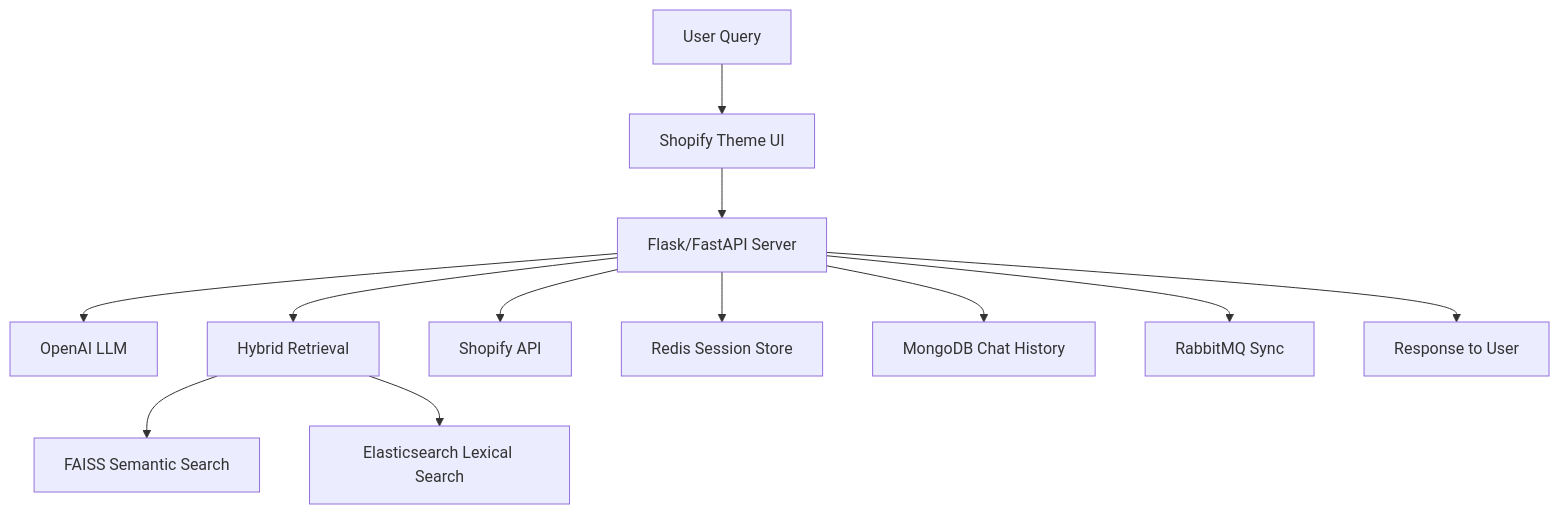
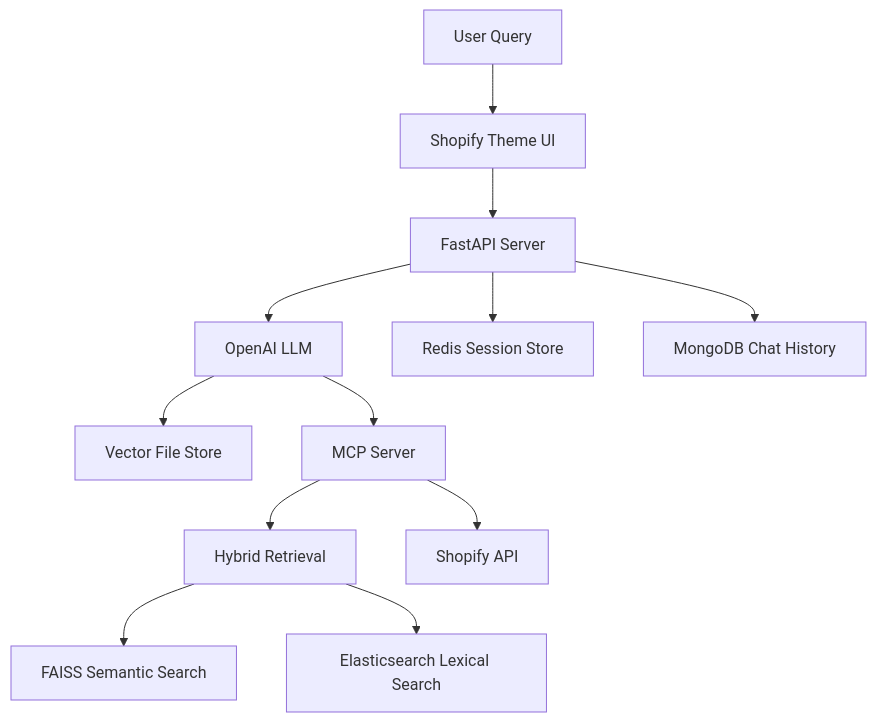
One commit to Mobeen-Dev/chatbot_Shopify changed the diagram in README.md. Above: the diagram before and after it, drawn with Mermaid.

````diff
--- a/README.md
+++ b/README.md
@@ -37,14 +37,14 @@
 ```mermaid
 graph TD
     A[User Query] --> B[Shopify Theme UI]
-    B --> C[Flask/FastAPI Server]
+    B --> C[FastAPI Server]
     C --> D[OpenAI LLM]
-    C --> E[Hybrid Retrieval]
+    D --> M[Vector File Store]
+    D --> N[MCP Server]
+    N --> E[Hybrid Retrieval]
     E --> F[FAISS Semantic Search]
     E --> G[Elasticsearch Lexical Search]
-    C --> H[Shopify API]
+    N --> H[Shopify API]
     C --> I[Redis Session Store]
     C --> J[MongoDB Chat History]
-    C --> K[RabbitMQ Sync]
-    C --> L[Response to User]
 ```
````
